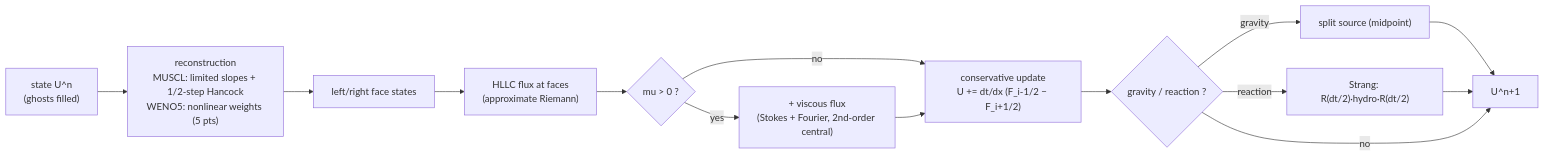
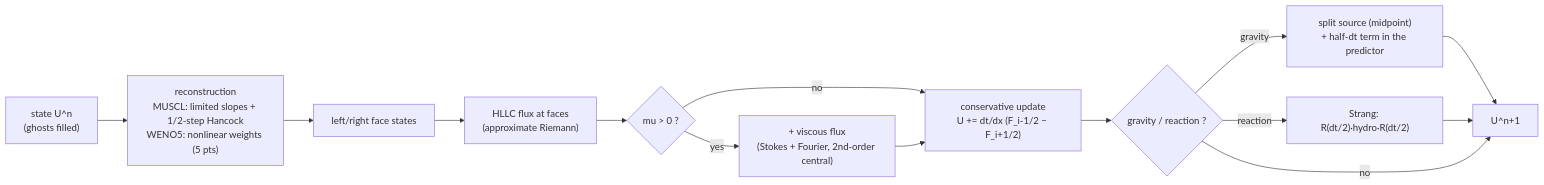
Before and after one commit to fhermet/machmallow: the second of 8 diagrams in docs/ARCHITECTURE.md, drawn with Mermaid. The commit also changed 13 other files, not shown here.

````diff
--- a/docs/ARCHITECTURE.md
+++ b/docs/ARCHITECTURE.md
@@ -93,16 +93,16 @@
 ```mermaid
 flowchart LR
     A["state U^n<br/>(ghosts filled)"] --> B["reconstruction<br/>MUSCL: limited slopes + 1/2-step Hancock<br/>WENO5: nonlinear weights (5 pts)"]
     B --> C["left/right face states"]
     C --> D["HLLC flux at faces<br/>(approximate Riemann)"]
     D --> E{"mu &gt; 0 ?"}
     E -- yes --> F["+ viscous flux<br/>(Stokes + Fourier, 2nd-order central)"]
     E -- no --> G
     F --> G["conservative update<br/>U += dt/dx (F_i-1/2 − F_i+1/2)"]
     G --> H{"gravity / reaction ?"}
-    H -- gravity --> I["split source (midpoint)"]
+    H -- gravity --> I["split source (midpoint)<br/>+ half-dt term in the predictor"]
     H -- reaction --> J["Strang: R(dt/2)·hydro·R(dt/2)"]
     I --> K["U^n+1"]
     J --> K
     H -- no --> K
 ```
````
